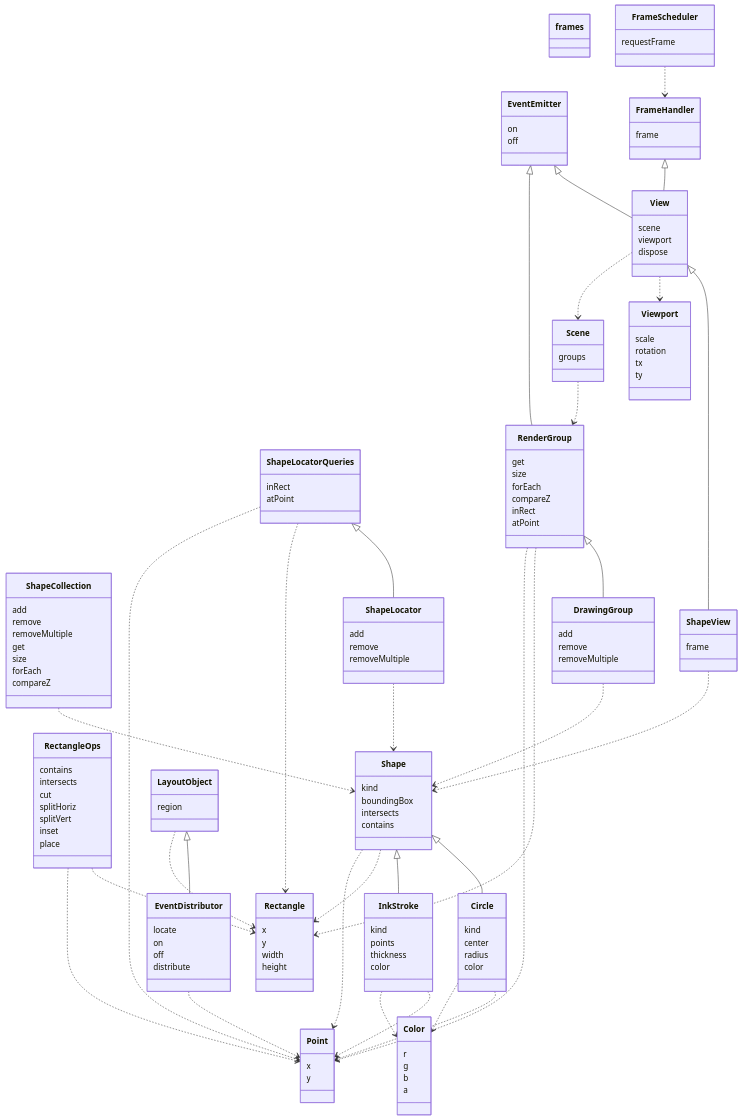
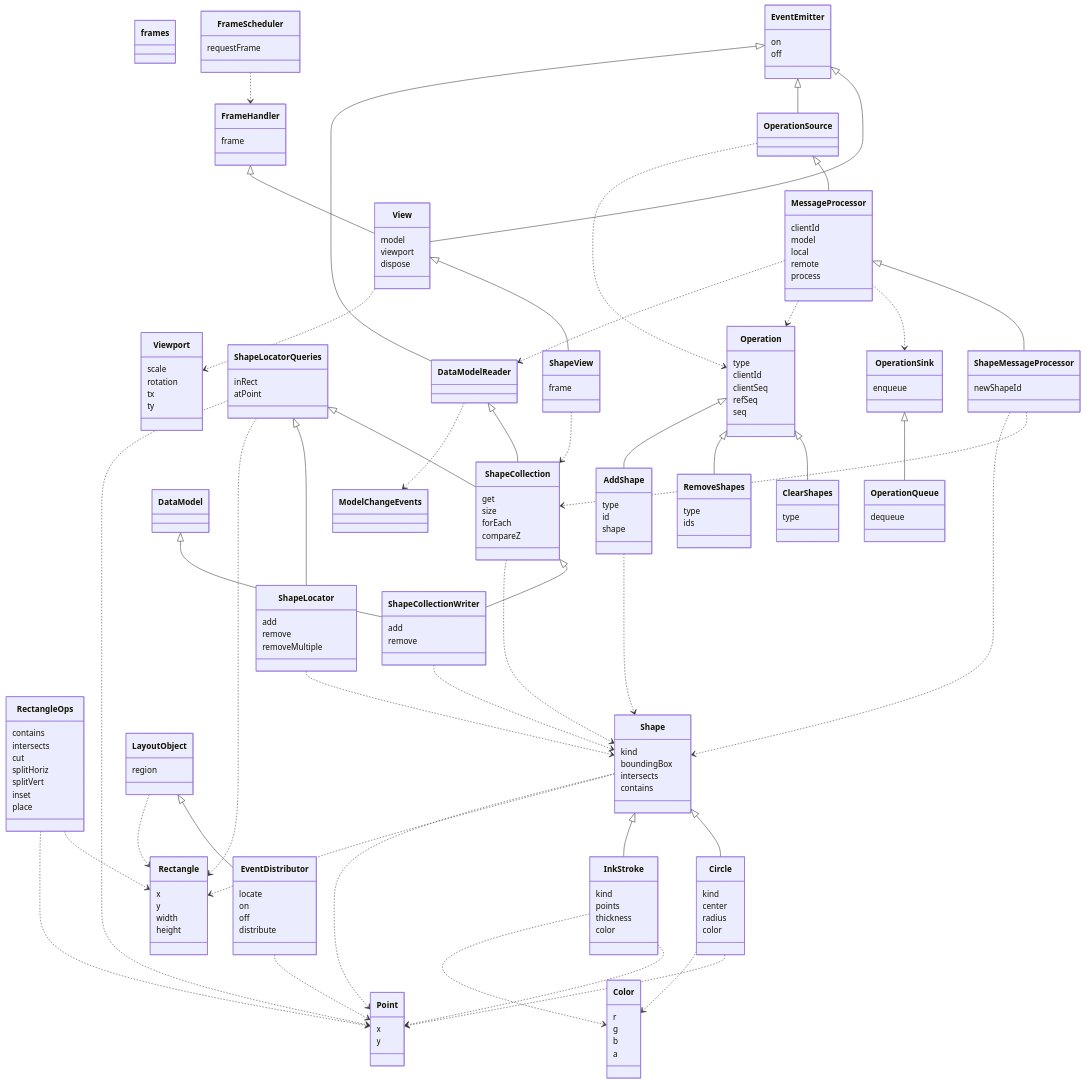
The diagram in ts/examples/modular/catalog.md (microsoft/TypeAgent), drawn with Mermaid before and after one commit. The commit also changed other lines of this file and 9 other files, not shown here.

First line of the commit message:
modular: catalog, summary and docs for the data model

```diff
--- a/ts/examples/modular/catalog.md
+++ b/ts/examples/modular/catalog.md
@@ -61,15 +61,6 @@
     radius
     color
   }
-  class ShapeCollection {
-    add
-    remove
-    removeMultiple
-    get
-    size
-    forEach
-    compareZ
-  }
   class ShapeLocatorQueries {
     inRect
     atPoint
@@ -79,35 +70,72 @@
     remove
     removeMultiple
   }
+  class ModelChangeEvents {
+  }
+  class DataModelReader {
+  }
+  class DataModel {
+  }
+  class Operation {
+    type
+    clientId
+    clientSeq
+    refSeq
+    seq
+  }
+  class OperationSink {
+    enqueue
+  }
+  class OperationQueue {
+    dequeue
+  }
+  class OperationSource {
+  }
+  class MessageProcessor {
+    clientId
+    model
+    local
+    remote
+    process
+  }
+  class ShapeCollection {
+    get
+    size
+    forEach
+    compareZ
+  }
+  class ShapeCollectionWriter {
+    add
+    remove
+  }
+  class AddShape {
+    type
+    id
+    shape
+  }
+  class RemoveShapes {
+    type
+    ids
+  }
+  class ClearShapes {
+    type
+  }
+  class ShapeMessageProcessor {
+    newShapeId
+  }
   class FrameHandler {
     frame
   }
   class FrameScheduler {
     requestFrame
   }
-  class RenderGroup {
-    get
-    size
-    forEach
-    compareZ
-    inRect
-    atPoint
-  }
-  class Scene {
-    groups
-  }
   class View {
-    scene
+    model
     viewport
     dispose
   }
   class ShapeView {
     frame
-  }
-  class DrawingGroup {
-    add
-    remove
-    removeMultiple
   }
   class LayoutObject {
     region
@@ -128,24 +156,38 @@
   Shape <|-- Circle
   Circle ..> Color
   Circle ..> Point
-  ShapeCollection ..> Shape
   ShapeLocatorQueries ..> Point
   ShapeLocatorQueries ..> Rectangle
   ShapeLocatorQueries <|-- ShapeLocator
   ShapeLocator ..> Shape
+  EventEmitter <|-- DataModelReader
+  DataModelReader ..> ModelChangeEvents
+  OperationSink <|-- OperationQueue
+  EventEmitter <|-- OperationSource
+  OperationSource ..> Operation
+  OperationSource <|-- MessageProcessor
+  MessageProcessor ..> DataModelReader
+  MessageProcessor ..> Operation
+  MessageProcessor ..> OperationSink
+  DataModelReader <|-- ShapeCollection
+  ShapeLocatorQueries <|-- ShapeCollection
+  ShapeCollection ..> Shape
+  ShapeCollection <|-- ShapeCollectionWriter
+  DataModel <|-- ShapeCollectionWriter
+  ShapeCollectionWriter ..> Shape
+  Operation <|-- AddShape
+  AddShape ..> Shape
+  Operation <|-- RemoveShapes
+  Operation <|-- ClearShapes
+  MessageProcessor <|-- ShapeMessageProcessor
+  ShapeMessageProcessor ..> Shape
+  ShapeMessageProcessor ..> ShapeCollection
   FrameScheduler ..> FrameHandler
-  EventEmitter <|-- RenderGroup
-  RenderGroup ..> Point
-  RenderGroup ..> Rectangle
-  Scene ..> RenderGroup
   FrameHandler <|-- View
   EventEmitter <|-- View
-  View ..> Scene
   View ..> Viewport
   View <|-- ShapeView
-  ShapeView ..> Shape
-  RenderGroup <|-- DrawingGroup
-  DrawingGroup ..> Shape
+  ShapeView ..> ShapeCollection
   LayoutObject ..> Rectangle
   LayoutObject <|-- EventDistributor
   EventDistributor ..> Point
```
